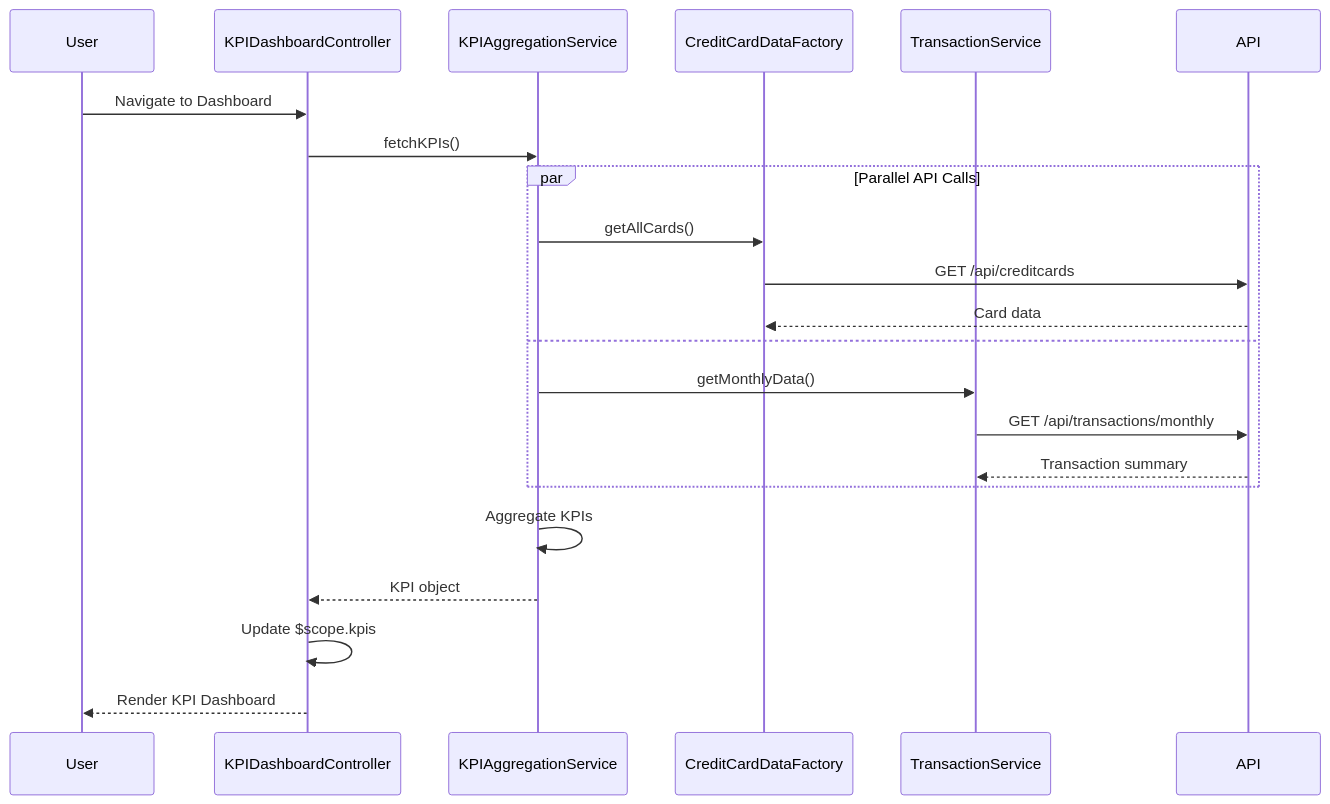
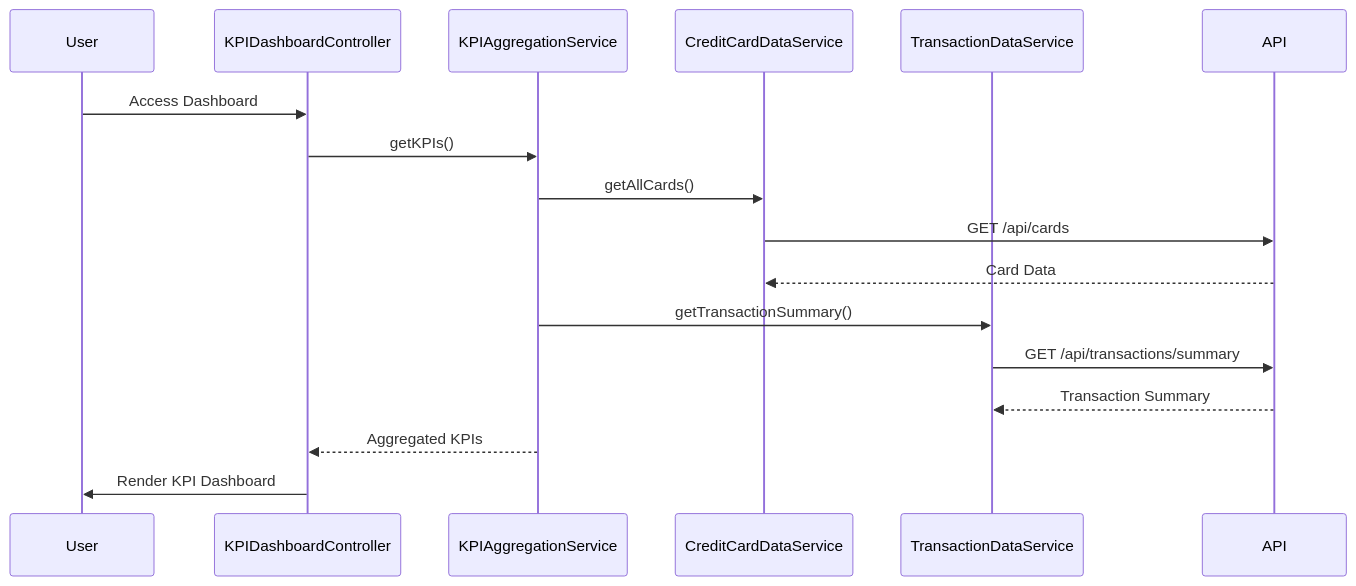
The diagram in LLD/QE-7734_LLD.md (AAVA-Demo/APB_Demo), drawn with Mermaid before and after one commit. The commit also changed other lines of this file and 5 other files, not shown here.

````diff
--- a/LLD/QE-7734_LLD.md
+++ b/LLD/QE-7734_LLD.md
@@ -79,25 +91,20 @@
 ```mermaid
 sequenceDiagram
     participant User
     participant KPIDashboardController
     participant KPIAggregationService
-    participant CreditCardDataFactory
-    participant TransactionService
+    participant CreditCardDataService
+    participant TransactionDataService
     participant API
 
-    User->>KPIDashboardController: Navigate to Dashboard
-    KPIDashboardController->>KPIAggregationService: fetchKPIs()
-    par Parallel API Calls
-        KPIAggregationService->>CreditCardDataFactory: getAllCards()
-        CreditCardDataFactory->>API: GET /api/creditcards
-        API-->>CreditCardDataFactory: Card data
-    and
-        KPIAggregationService->>TransactionService: getMonthlyData()
-        TransactionService->>API: GET /api/transactions/monthly
-        API-->>TransactionService: Transaction summary
-    end
-    KPIAggregationService->>KPIAggregationService: Aggregate KPIs
-    KPIAggregationService-->>KPIDashboardController: KPI object
-    KPIDashboardController->>KPIDashboardController: Update $scope.kpis
-    KPIDashboardController-->>User: Render KPI Dashboard
+    User->>KPIDashboardController: Access Dashboard
+    KPIDashboardController->>KPIAggregationService: getKPIs()
+    KPIAggregationService->>CreditCardDataService: getAllCards()
+    CreditCardDataService->>API: GET /api/cards
+    API-->>CreditCardDataService: Card Data
+    KPIAggregationService->>TransactionDataService: getTransactionSummary()
+    TransactionDataService->>API: GET /api/transactions/summary
+    API-->>TransactionDataService: Transaction Summary
+    KPIAggregationService-->>KPIDashboardController: Aggregated KPIs
+    KPIDashboardController->>User: Render KPI Dashboard
 ```
````
